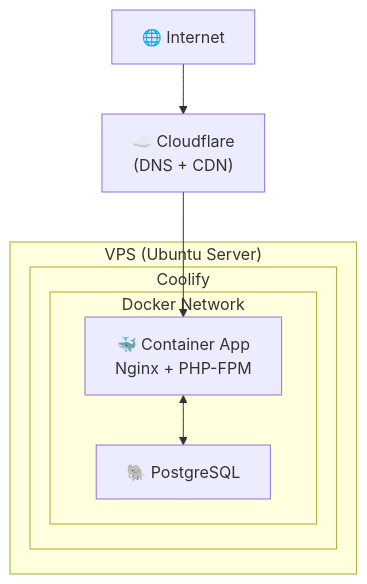
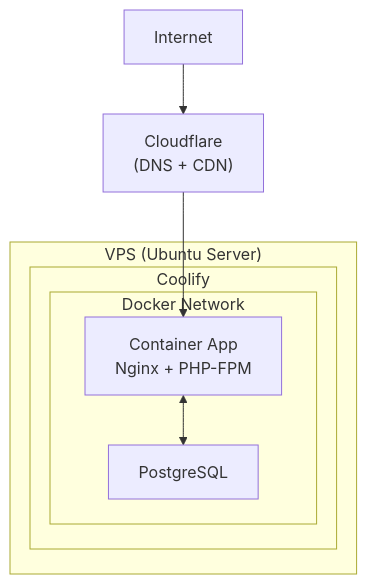
One commit to Xefreh/mine-adventure changed the third of 3 diagrams in report/07-ccp2-backend/04-deploiement.md. Above: the diagram before and after it, drawn with Mermaid. The commit also changed other lines of this file and 11 other files, not shown here.

````diff
--- a/report/07-ccp2-backend/04-deploiement.md
+++ b/report/07-ccp2-backend/04-deploiement.md
@@ -468,18 +452,18 @@
 ```mermaid
 flowchart TB
-    Internet["🌐 Internet"]
-    CF["☁️ Cloudflare<br/>(DNS + CDN)"]
+    Internet["Internet"]
+    CF["Cloudflare<br/>(DNS + CDN)"]
 
     subgraph VPS["VPS (Ubuntu Server)"]
         subgraph Coolify
             subgraph DockerNetwork["Docker Network"]
-                App["🐳 Container App<br/>Nginx + PHP-FPM"]
-                DB["🐘 PostgreSQL"]
+                App["Container App<br/>Nginx + PHP-FPM"]
+                DB["PostgreSQL"]
             end
         end
     end
 
     Internet --> CF
     CF --> App
     App <--> DB
 ```
````
